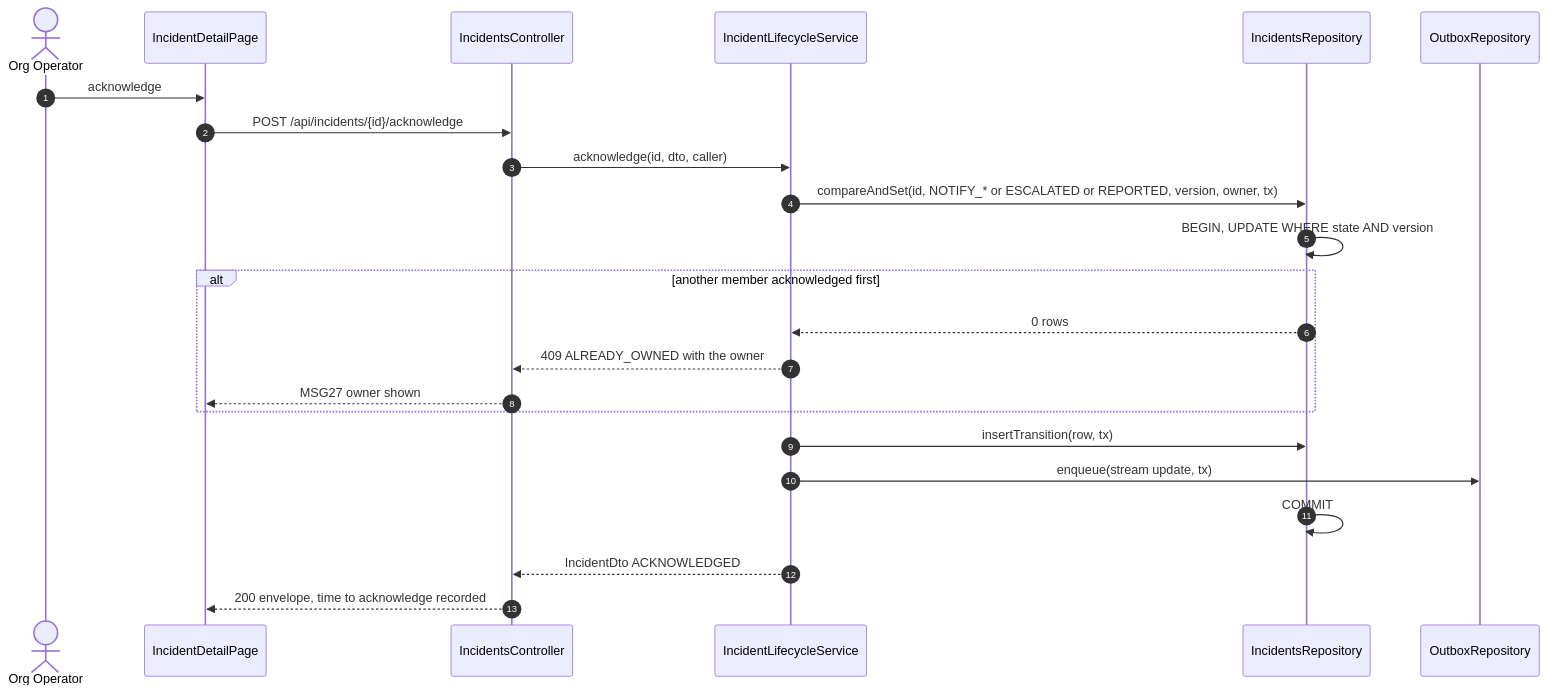
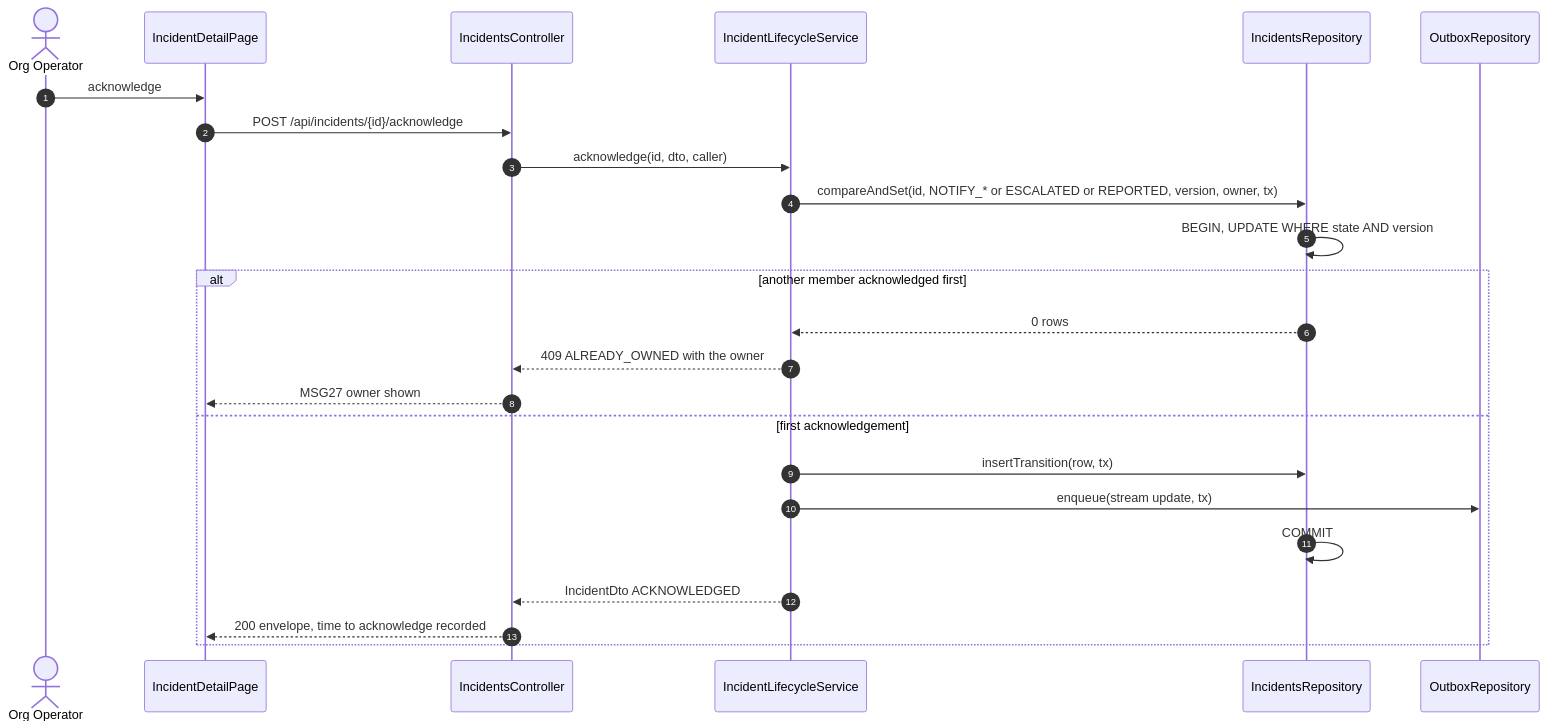
Before and after one commit to TrekLink-Team/treklink-web: the eighth of 10 diagrams in specs/incidents/design.md, drawn with Mermaid. The commit also changed other lines of this file and 39 other files, not shown here.

First line of the commit message:
docs: design periodic maintenance (D-047) and apply the SDD sequence conventions

````diff
--- a/specs/incidents/design.md
+++ b/specs/incidents/design.md
@@ -349,25 +351,26 @@
 ```mermaid
 sequenceDiagram
     autonumber
     actor Op as Org Operator
     participant P as IncidentDetailPage
     participant C as IncidentsController
     participant L as IncidentLifecycleService
     participant R as IncidentsRepository
     participant Ob as OutboxRepository
     Op->>P: acknowledge
     P->>C: POST /api/incidents/{id}/acknowledge
     C->>L: acknowledge(id, dto, caller)
     L->>R: compareAndSet(id, NOTIFY_* or ESCALATED or REPORTED, version, owner, tx)
     R->>R: BEGIN, UPDATE WHERE state AND version
     alt another member acknowledged first
         R-->>L: 0 rows
         L-->>C: 409 ALREADY_OWNED with the owner
         C-->>P: MSG27 owner shown
+    else first acknowledgement
+        L->>R: insertTransition(row, tx)
+        L->>Ob: enqueue(stream update, tx)
+        R->>R: COMMIT
+        L-->>C: IncidentDto ACKNOWLEDGED
+        C-->>P: 200 envelope, time to acknowledge recorded
     end
-    L->>R: insertTransition(row, tx)
-    L->>Ob: enqueue(stream update, tx)
-    R->>R: COMMIT
-    L-->>C: IncidentDto ACKNOWLEDGED
-    C-->>P: 200 envelope, time to acknowledge recorded
 ```
````
